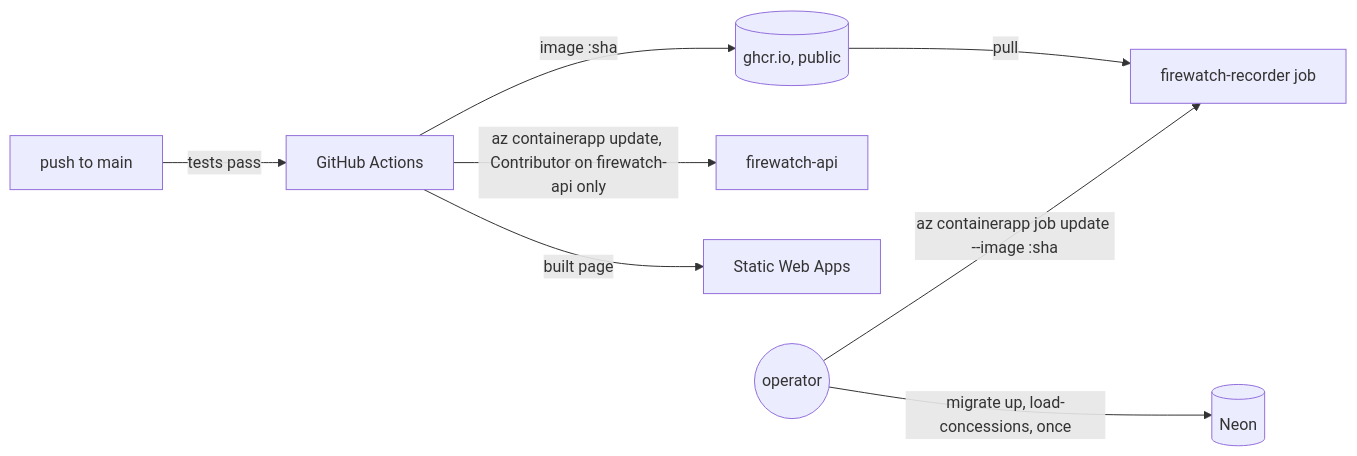
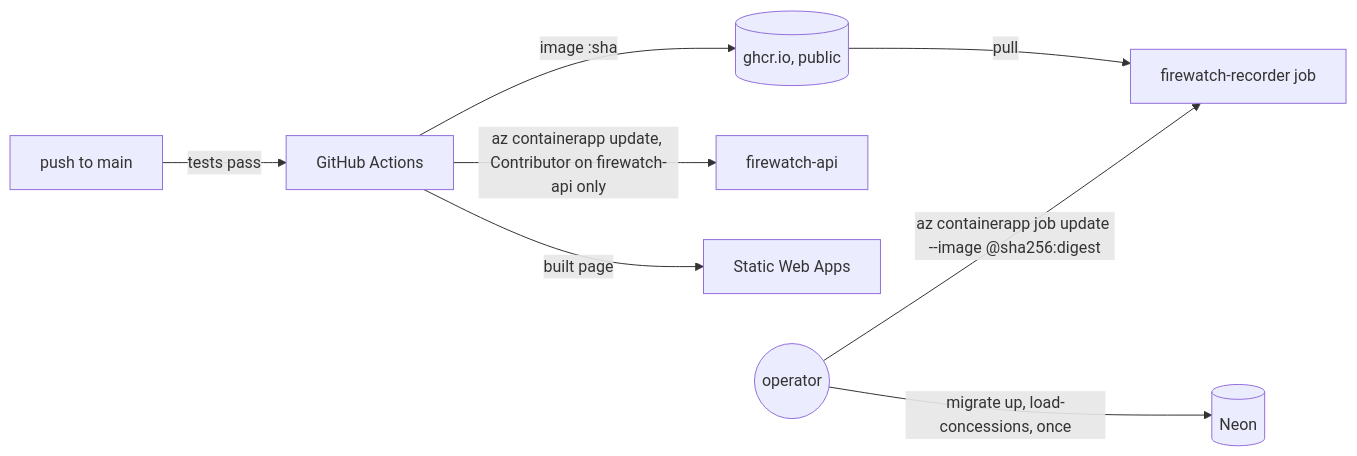
The seventh of 8 diagrams in docs/specs/fire-record.md (dzaffren/fire-watch), drawn with Mermaid before and after one commit. The commit also changed 3 other files, not shown here.

````diff
--- a/docs/specs/fire-record.md
+++ b/docs/specs/fire-record.md
@@ -310,10 +310,10 @@
 ```mermaid
 flowchart LR
     P[push to main] -- "tests pass" --> CI[GitHub Actions]
     CI -- "image :sha" --> R[(ghcr.io, public)]
     CI -- "az containerapp update, Contributor on firewatch-api only" --> CA[firewatch-api]
     CI -- "built page" --> SWA[Static Web Apps]
-    O((operator)) -- "az containerapp job update --image :sha" --> JOB[firewatch-recorder job]
+    O((operator)) -- "az containerapp job update --image @sha256:digest" --> JOB[firewatch-recorder job]
     O -- "migrate up, load-concessions, once" --> DB[(Neon)]
     R -- "pull" --> JOB
 ```
````
